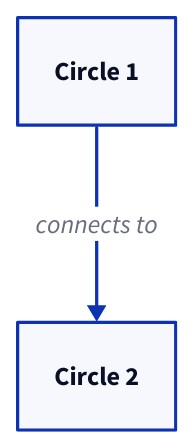
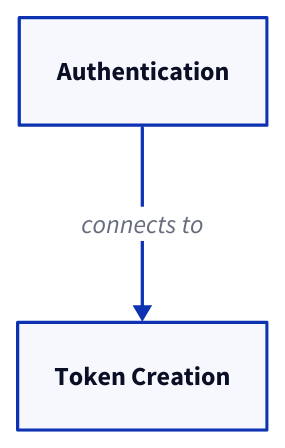
The diagram in diagrams/first.d2 (shreyas70/templates), drawn with D2 before and after one commit. The commit also changed 4 other files, not shown here.

```diff
--- a/diagrams/first.d2
+++ b/diagrams/first.d2
@@ -1,3 +1,3 @@
-shape1: Circle 1
-shape2: Circle 2
+shape1: Authentication
+shape2: Token Creation
 shape1 -> shape2: connects to
```
